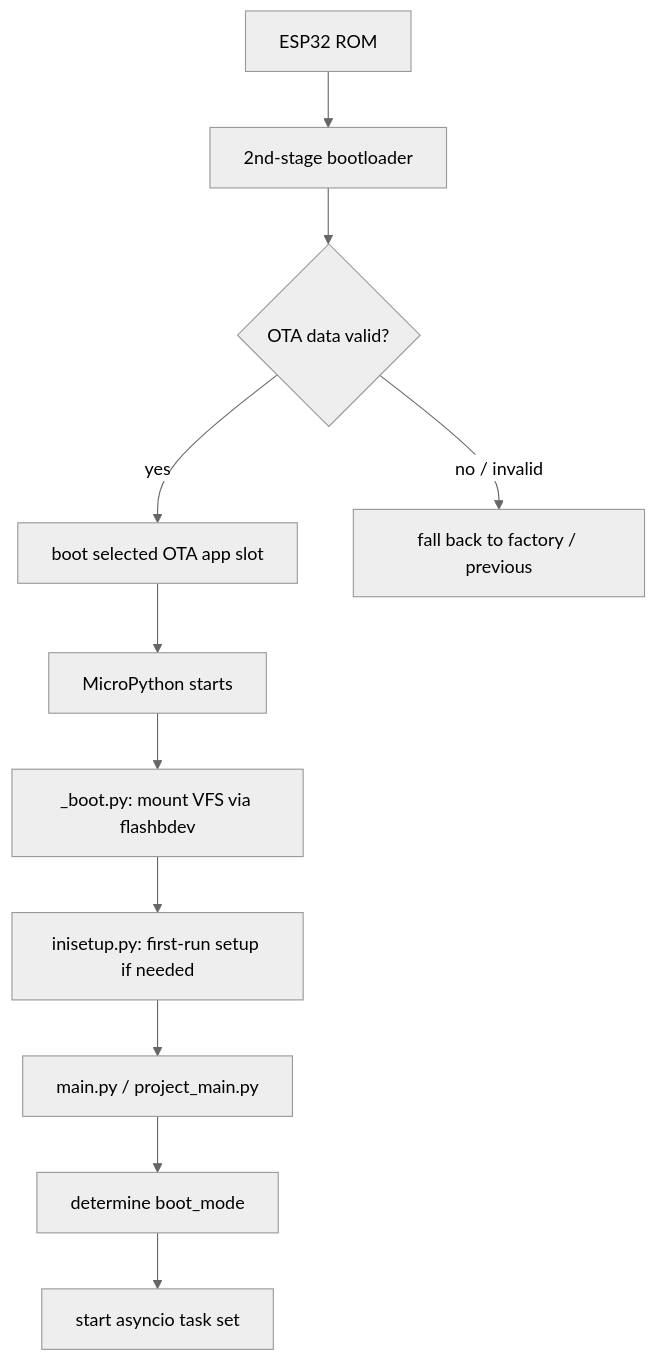
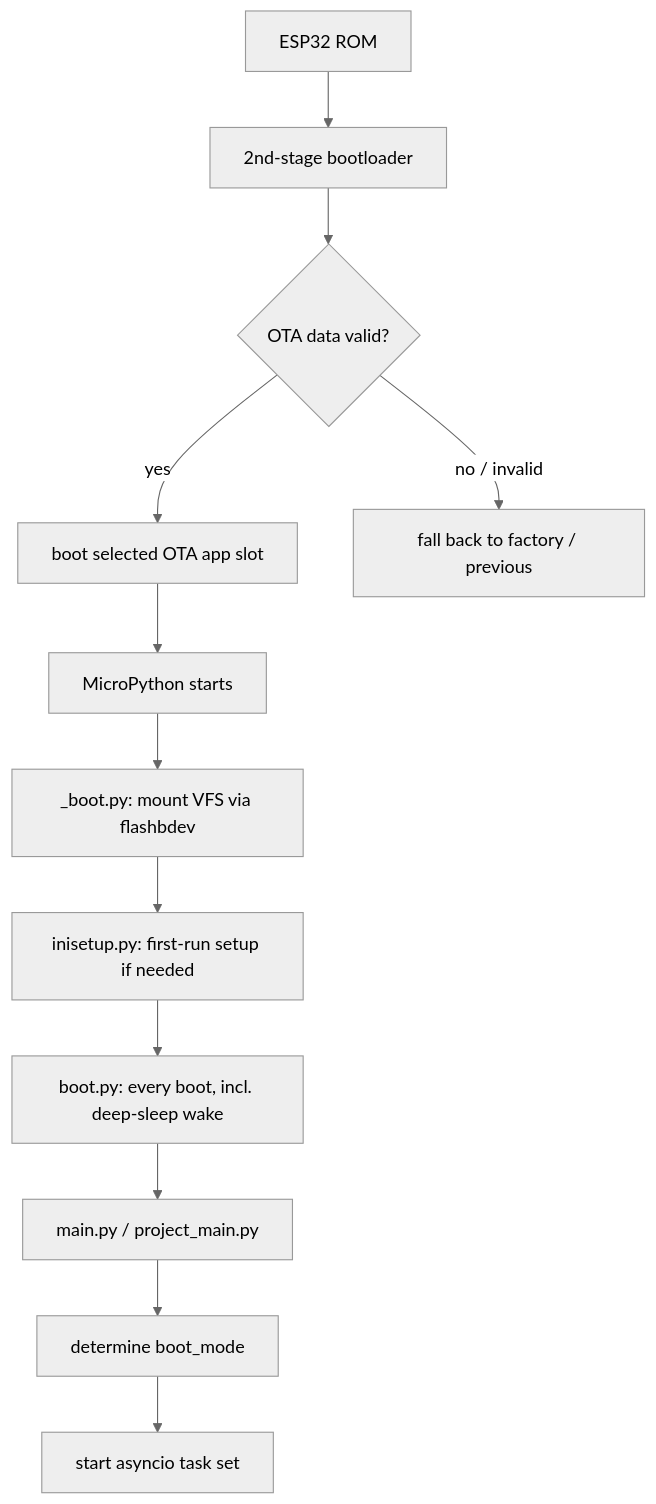
Before and after one commit to ljagiello/totem: the diagram in docs/firmware/boot-flow.mdx, drawn with Mermaid (neutral theme). The commit also changed other lines of this file and 18 other files, not shown here.

````diff
--- a/docs/firmware/boot-flow.mdx
+++ b/docs/firmware/boot-flow.mdx
@@ -8,13 +8,14 @@
 ```mermaid
 flowchart TD
   A[ESP32 ROM] --> B[2nd-stage bootloader]
   B --> C{OTA data valid?}
   C -->|yes| D[boot selected OTA app slot]
   C -->|no / invalid| E[fall back to factory / previous]
   D --> F[MicroPython starts]
   F --> G[_boot.py: mount VFS via flashbdev]
   G --> H[inisetup.py: first-run setup if needed]
-  H --> I[main.py / project_main.py]
+  H --> BP[boot.py: every boot, incl. deep-sleep wake]
+  BP --> I[main.py / project_main.py]
   I --> J[determine boot_mode]
   J --> K[start asyncio task set]
 ```
````
